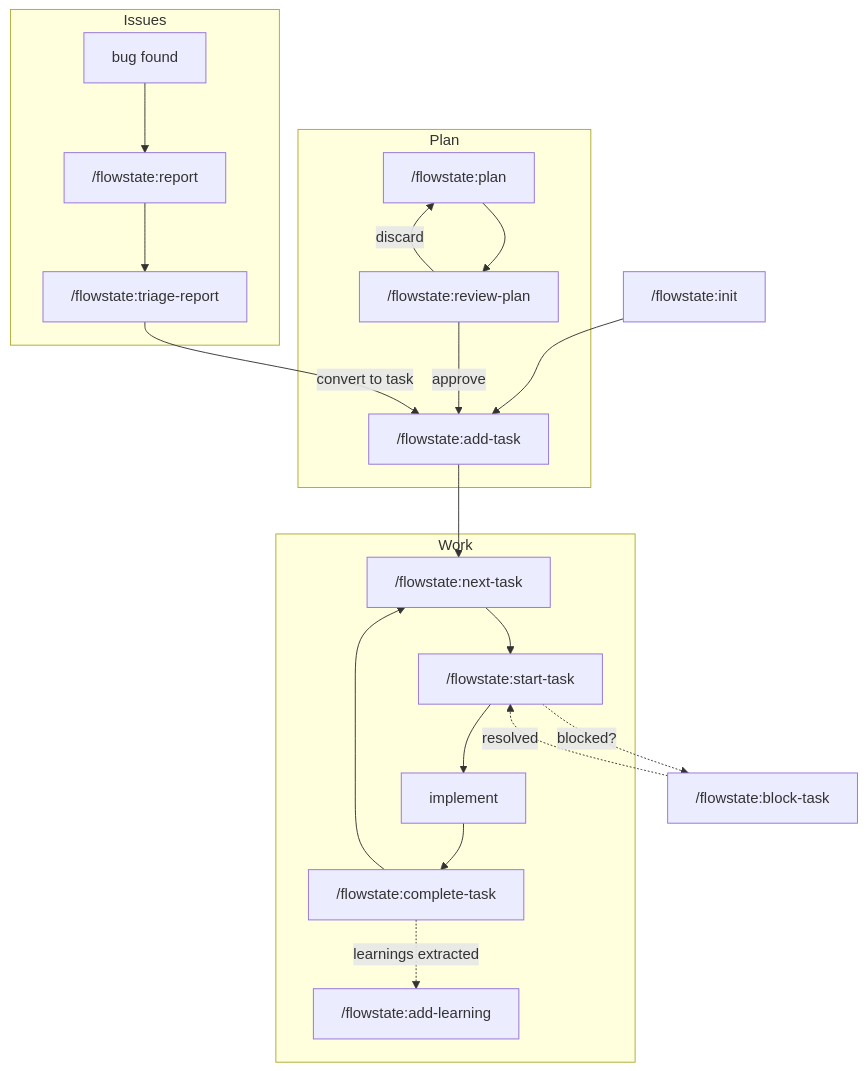
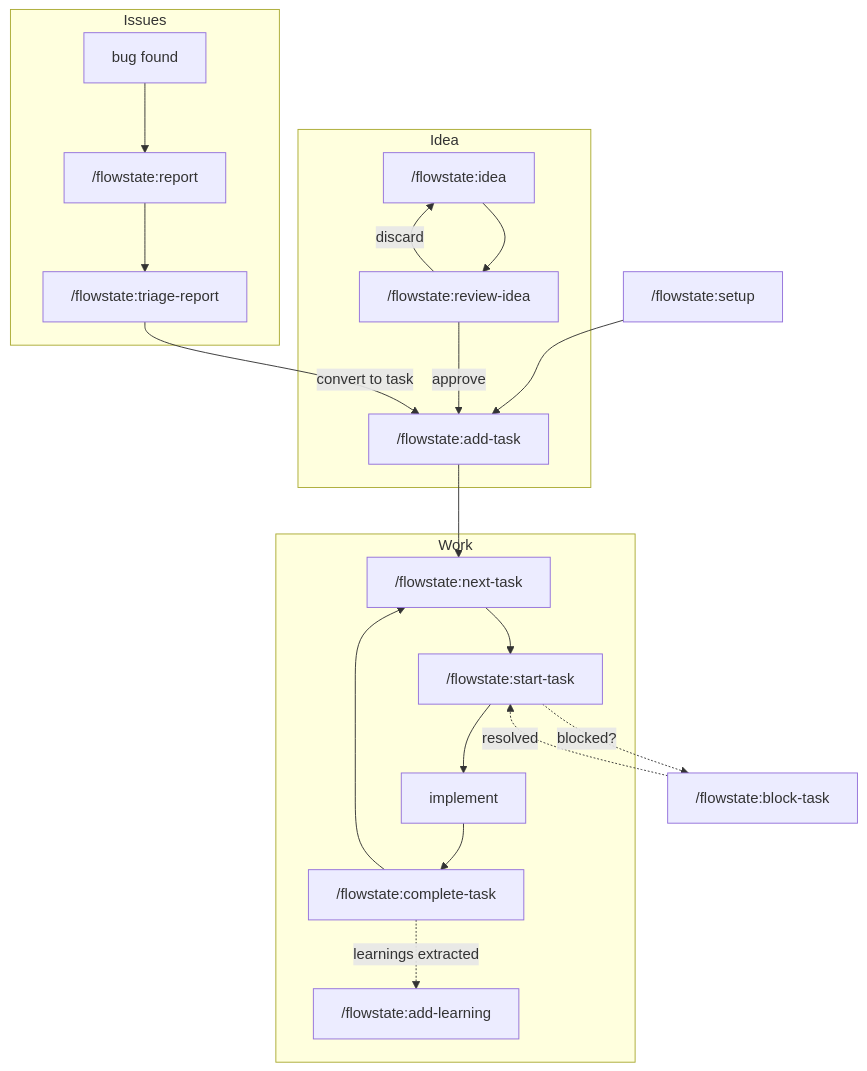
The first of 5 diagrams in README.md (jmlweb/flowstate-skill), drawn with Mermaid before and after one commit. The commit also changed other lines of this file and 59 other files, not shown here.

First line of the commit message:
feat!: rename plan→idea and init→setup to avoid Claude Code native command conflicts

````diff
--- a/README.md
+++ b/README.md
@@ -204,28 +204,28 @@
 ```mermaid
 flowchart TD
-    INIT["/flowstate:init"] --> ADD
+    INIT["/flowstate:setup"] --> ADD
 
-    subgraph Plan
-        PLAN["/flowstate:plan"] --> REVIEW["/flowstate:review-plan"]
+    subgraph Idea
+        PLAN["/flowstate:idea"] --> REVIEW["/flowstate:review-idea"]
         REVIEW -- approve --> ADD
         REVIEW -- discard --> PLAN
     end
 
     subgraph Work
         ADD["/flowstate:add-task"] --> NEXT["/flowstate:next-task"]
         NEXT --> START["/flowstate:start-task"]
         START --> IMPL["implement"]
         IMPL --> DONE["/flowstate:complete-task"]
         DONE -. "learnings extracted" .-> LEARN["/flowstate:add-learning"]
         DONE --> NEXT
     end
 
     subgraph Issues
         BUG["bug found"] --> REPORT["/flowstate:report"]
         REPORT --> TRIAGE["/flowstate:triage-report"]
         TRIAGE -- "convert to task" --> ADD
     end
 
     START -. "blocked?" .-> BLOCK["/flowstate:block-task"]
     BLOCK -. "resolved" .-> START
 ```
````
